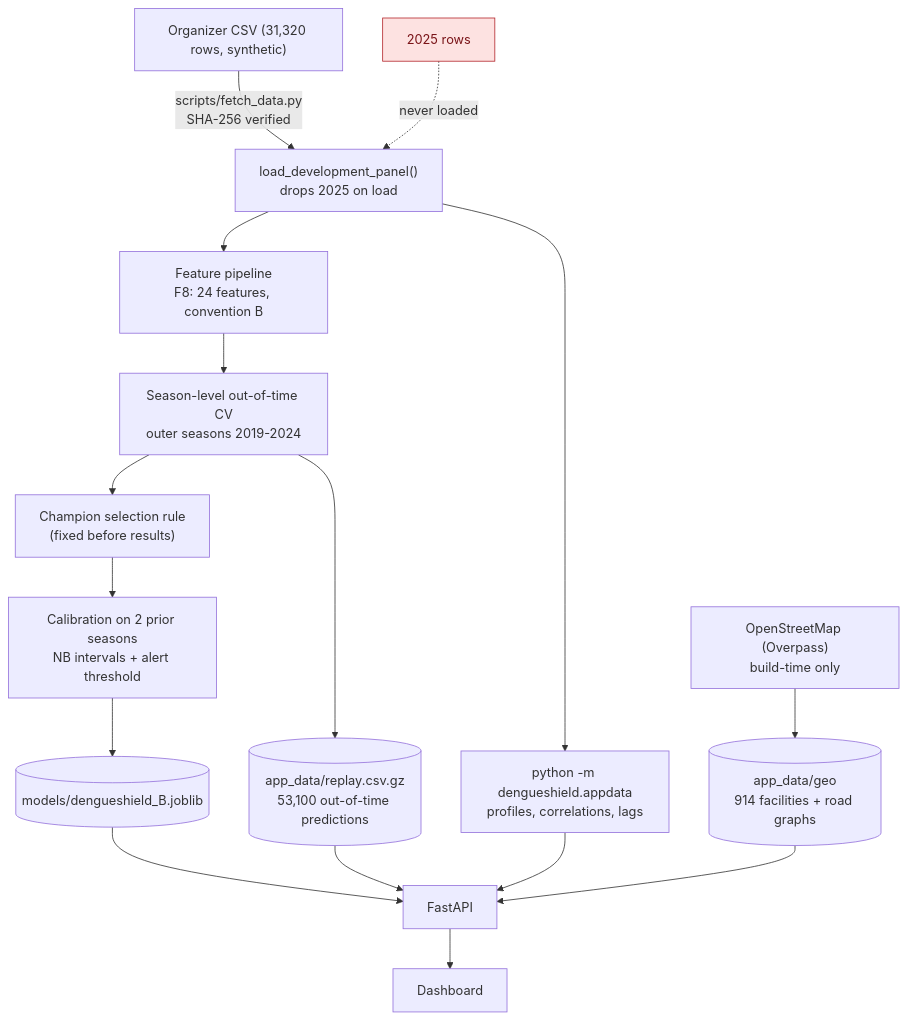
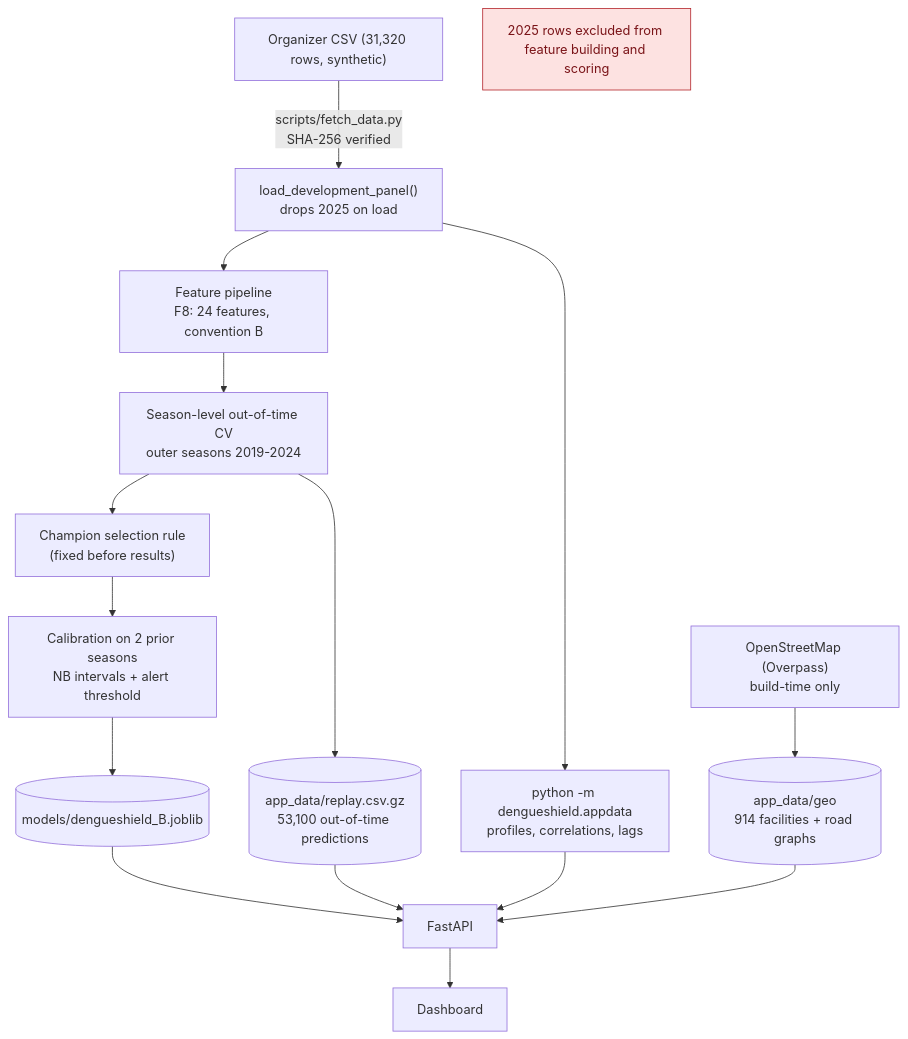
Before and after one commit to A-K-M-Asifuzzaman/EDU_HACKATHON: the second of 24 diagrams in ARCHITECTURE.md, drawn with Mermaid. The commit also changed other lines of this file and 15 other files, not shown here.

Commit message:
Consolidate architecture and harden release validation

````diff
--- a/ARCHITECTURE.md
+++ b/ARCHITECTURE.md
@@ -44,19 +43,19 @@
 ```mermaid
 flowchart TD
     raw["Organizer CSV (31,320 rows, synthetic)"] -->|"scripts/fetch_data.py<br/>SHA-256 verified"| panel["load_development_panel()<br/>drops 2025 on load"]
     panel --> feat["Feature pipeline<br/>F8: 24 features, convention B"]
     feat --> cv["Season-level out-of-time CV<br/>outer seasons 2019-2024"]
     cv --> champ["Champion selection rule<br/>(fixed before results)"]
     champ --> cal["Calibration on 2 prior seasons<br/>NB intervals + alert threshold"]
     cal --> bundle[("models/dengueshield_B.joblib")]
     cv --> replay[("app_data/replay.csv.gz<br/>53,100 out-of-time predictions")]
     panel --> appdata["python -m dengueshield.appdata<br/>profiles, correlations, lags"]
     bundle --> api["FastAPI"]
     replay --> api
     appdata --> api
     osm["OpenStreetMap (Overpass)<br/>build-time only"] --> geo[("app_data/geo<br/>914 facilities + road graphs")]
     geo --> api
     api --> ui["Dashboard"]
-    holdout["2025 rows"]:::locked -.->|"never loaded"| panel
+    holdout["2025 rows excluded from feature building and scoring"]:::locked
     classDef locked fill:#fde2e1,stroke:#b3262c,color:#7a1418
 ```
````
